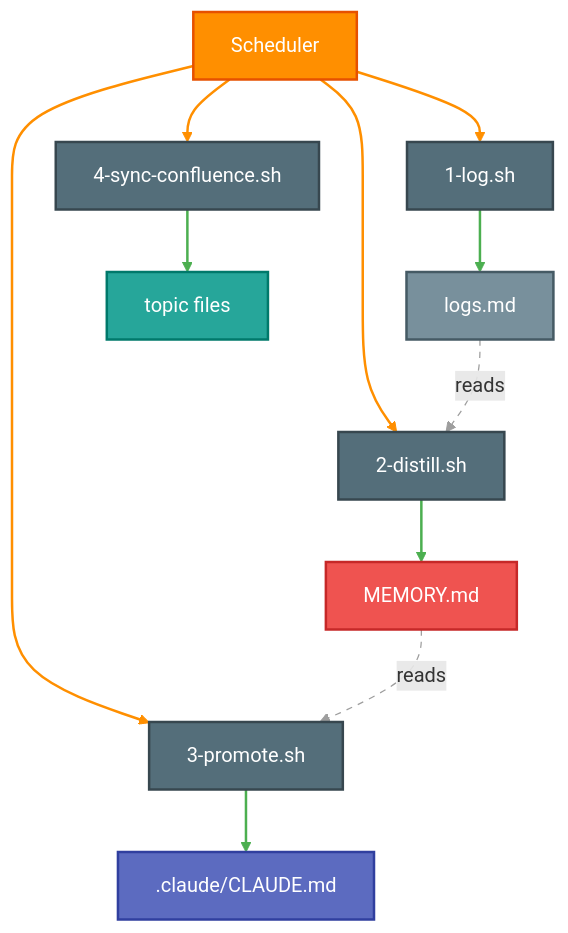
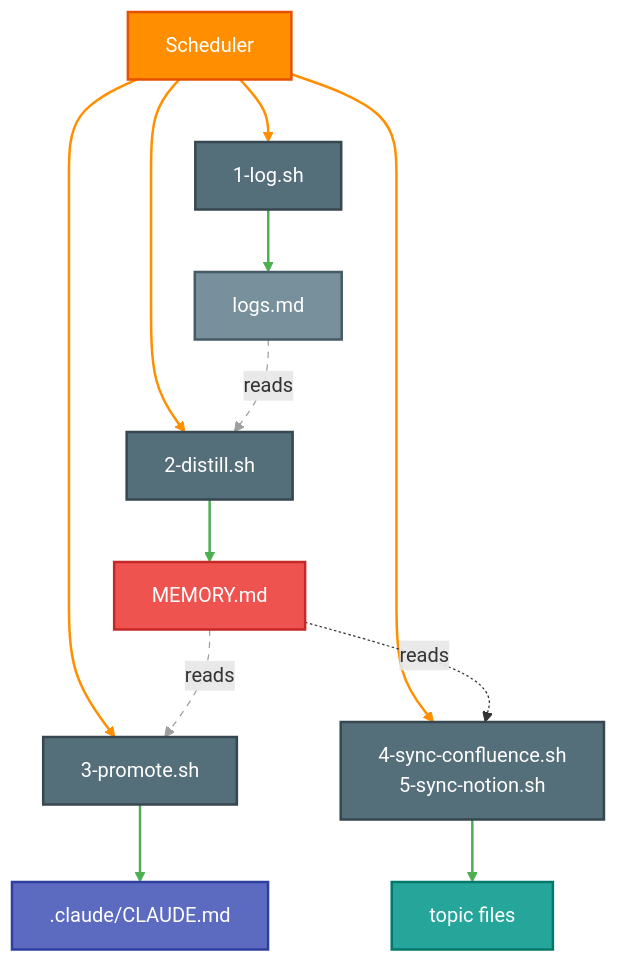
The third of 3 diagrams in README.md (jameswniu/claude-os), drawn with Mermaid before and after one commit.

Commit message:
Add Notion sync and MEMORY.md reads arrow to automation diagram

````diff
--- a/README.md
+++ b/README.md
@@ -211,31 +211,32 @@
 ```mermaid
 flowchart TD
     C["Scheduler"]
 
     C --> L1["1-log.sh"]
     C --> L2["2-distill.sh"]
     C --> L3["3-promote.sh"]
-    C --> L4["4-sync-confluence.sh"]
+    C --> L45["4-sync-confluence.sh\n5-sync-notion.sh"]
 
     L1 --> LOG["logs.md"]
     L2 --> MEM["MEMORY.md"]
     L3 --> RUL[".claude/CLAUDE.md"]
-    L4 --> TOP["topic files"]
+    L45 --> TOP["topic files"]
 
     LOG -. reads .-> L2
     MEM -. reads .-> L3
+    MEM -. reads .-> L45
 
     style C fill:#FF8F00,color:#fff,stroke:#E65100,stroke-width:2px
     style L1 fill:#546E7A,color:#fff,stroke:#37474F,stroke-width:2px
     style L2 fill:#546E7A,color:#fff,stroke:#37474F,stroke-width:2px
     style L3 fill:#546E7A,color:#fff,stroke:#37474F,stroke-width:2px
-    style L4 fill:#546E7A,color:#fff,stroke:#37474F,stroke-width:2px
+    style L45 fill:#546E7A,color:#fff,stroke:#37474F,stroke-width:2px
     style LOG fill:#78909C,color:#fff,stroke:#455A64,stroke-width:2px
     style MEM fill:#EF5350,color:#fff,stroke:#C62828,stroke-width:2px
     style RUL fill:#5C6BC0,color:#fff,stroke:#303F9F,stroke-width:2px
     style TOP fill:#26A69A,color:#fff,stroke:#00796B,stroke-width:2px
 
     linkStyle 0,1,2,3 stroke:#FF8F00,stroke-width:2px
     linkStyle 4,5,6,7 stroke:#4CAF50,stroke-width:2px
     linkStyle 8,9 stroke:#9E9E9E,stroke-width:1px,stroke-dasharray:5
 ```
````
